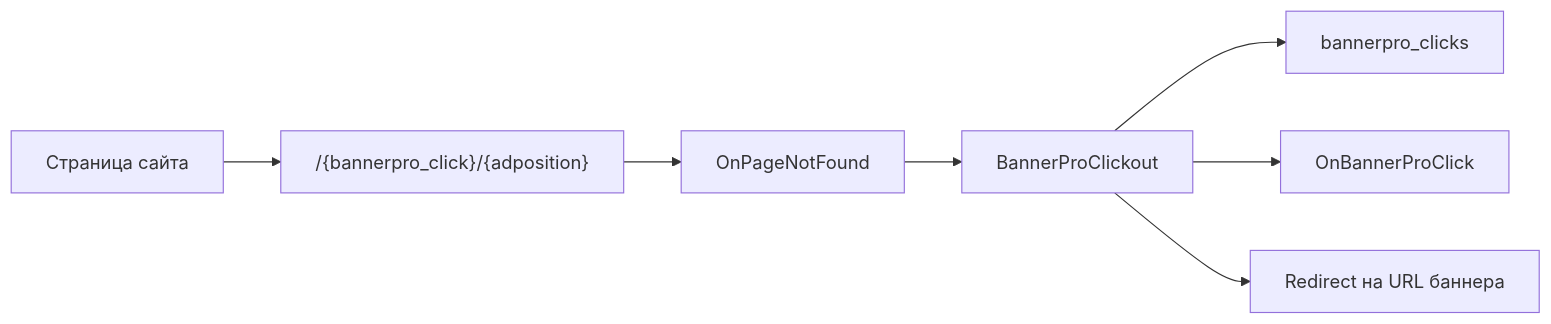
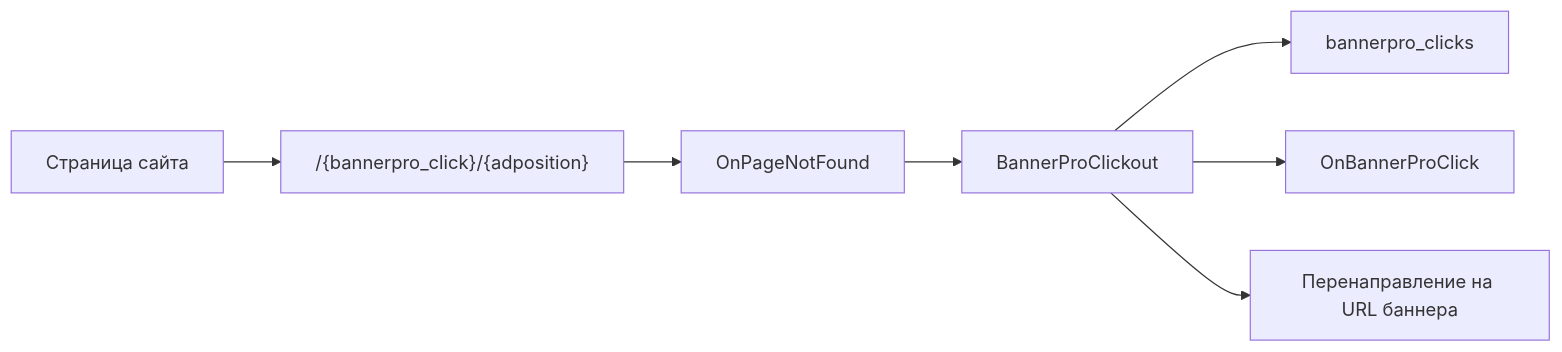
Before and after one commit to modx-pro/Docs: the diagram in docs/components/bannerpro/index.md, drawn with Mermaid. The commit also changed other lines of this file and 12 other files, not shown here.

````diff
--- a/docs/components/bannerpro/index.md
+++ b/docs/components/bannerpro/index.md
@@ -117,9 +117,9 @@
 ```mermaid
 flowchart LR
   Page[Страница сайта] --> Link["/{bannerpro_click}/{adposition}"]
   Link --> NotFound[OnPageNotFound]
   NotFound --> Clickout[BannerProClickout]
   Clickout --> ClickRow[bannerpro_clicks]
   Clickout --> Event[OnBannerProClick]
-  Clickout --> Redirect[Redirect на URL баннера]
+  Clickout --> Redirect[Перенаправление на URL баннера]
 ```
````
